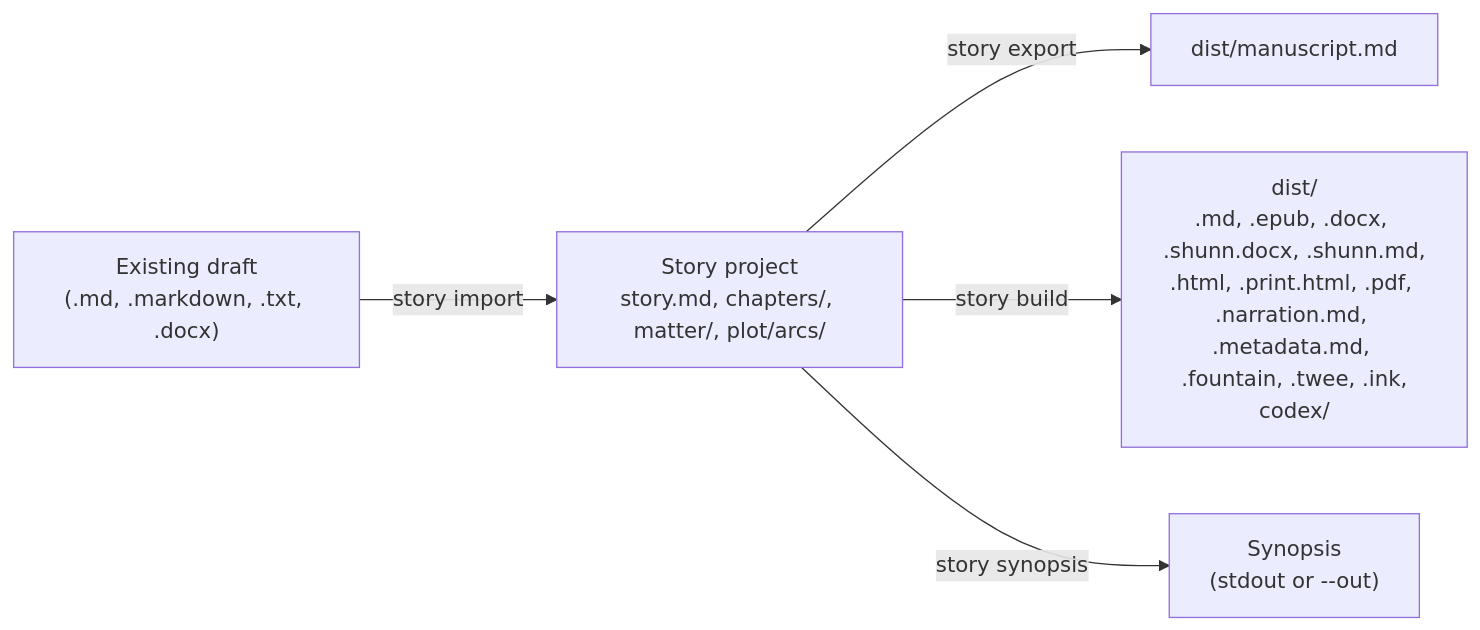
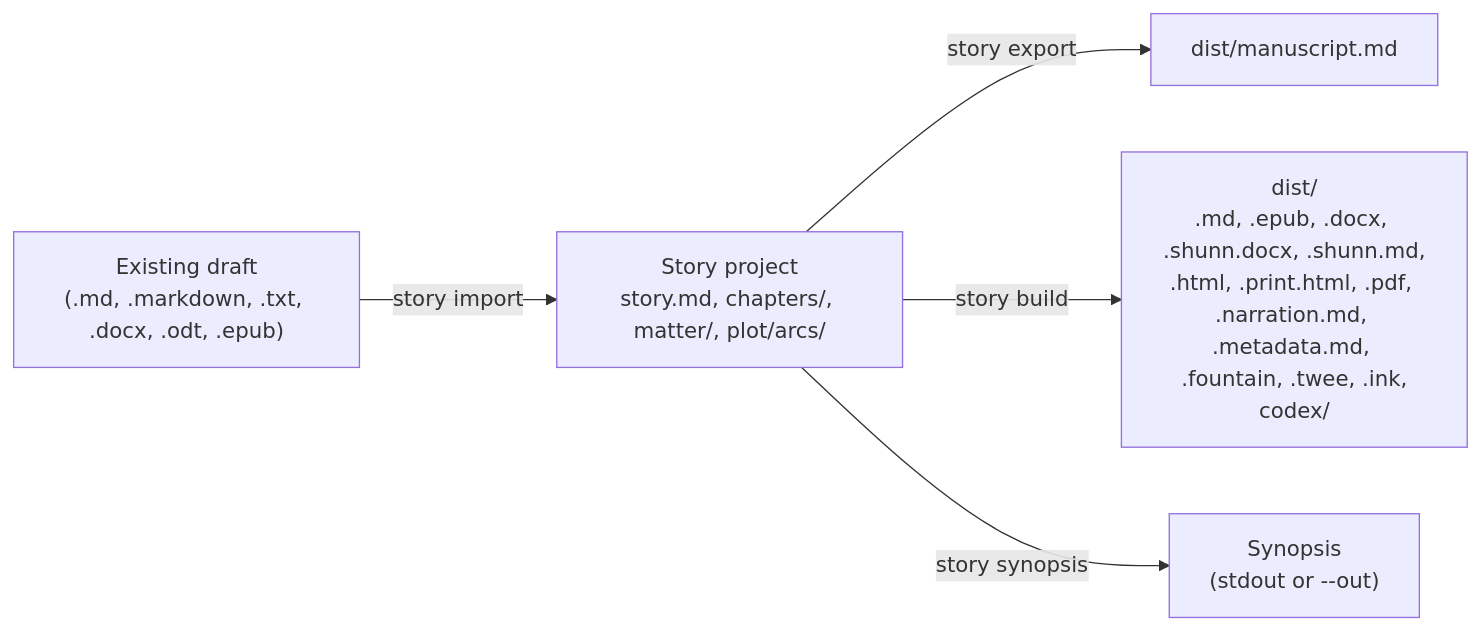
Before and after one commit to danjdewhurst/story-skills: the diagram in docs/manuscripts.md, drawn with Mermaid. The commit also changed other lines of this file and 20 other files, not shown here.

First line of the commit message:
feat: import EPUB and ODT manuscripts

````diff
--- a/docs/manuscripts.md
+++ b/docs/manuscripts.md
@@ -29,7 +29,7 @@
 ```mermaid
 flowchart LR
-  draft["Existing draft<br/>(.md, .markdown, .txt, .docx)"] -->|story import| project["Story project<br/>story.md, chapters/, matter/, plot/arcs/"]
+  draft["Existing draft<br/>(.md, .markdown, .txt, .docx, .odt, .epub)"] -->|story import| project["Story project<br/>story.md, chapters/, matter/, plot/arcs/"]
   project -->|story export| manuscript["dist/manuscript.md"]
   project -->|story build| dist["dist/<br/>.md, .epub, .docx, .shunn.docx, .shunn.md,<br/>.html, .print.html, .pdf, .narration.md, .metadata.md, .fountain, .twee, .ink,<br/>codex/"]
   project -->|story synopsis| synopsis["Synopsis<br/>(stdout or --out)"]
 ```
````
